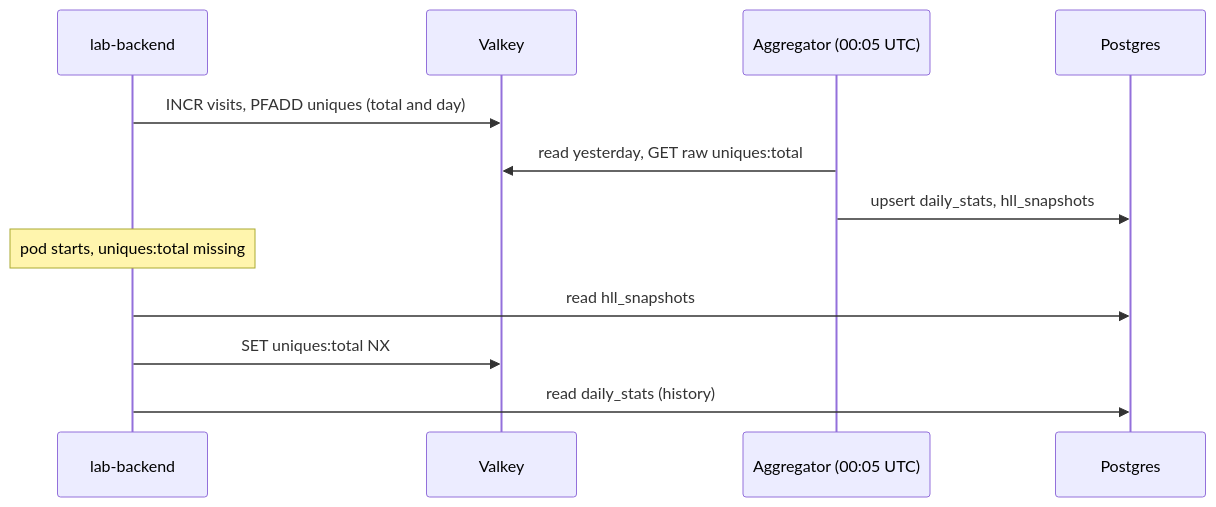
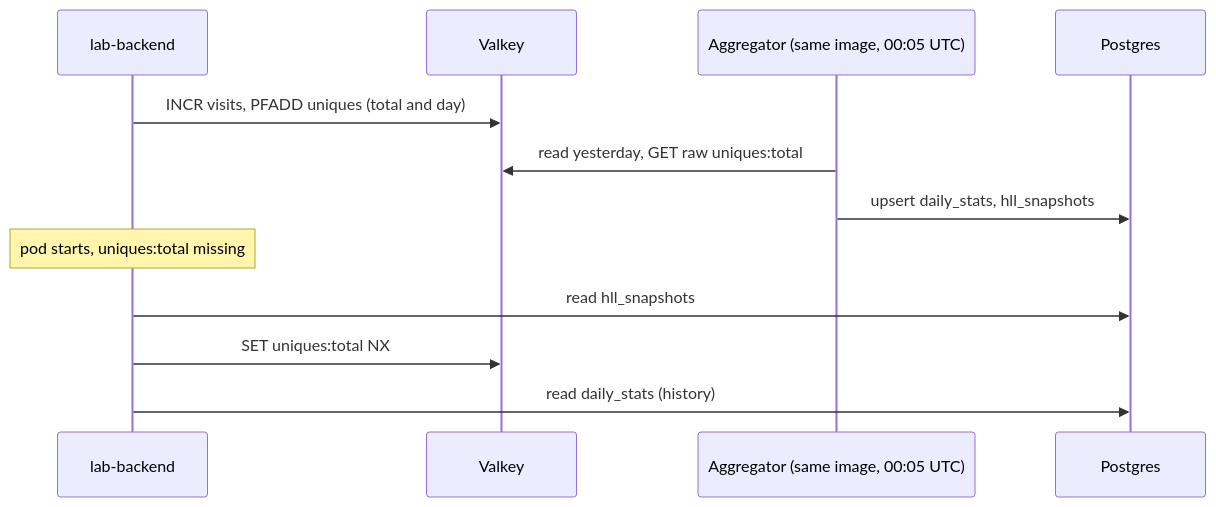
One commit to sarunas-k/lab-aws-docs changed the sixth of 6 diagrams in docs/architecture.md. Above: the diagram before and after it, drawn with Mermaid. The commit also changed other lines of this file and 14 other files, not shown here.

````diff
--- a/docs/architecture.md
+++ b/docs/architecture.md
@@ -105,14 +105,14 @@
 ```mermaid
 sequenceDiagram
   participant BE as lab-backend
   participant V as Valkey
-  participant AG as Aggregator (00:05 UTC)
+  participant AG as Aggregator (same image, 00:05 UTC)
   participant PG as Postgres
   BE->>V: INCR visits, PFADD uniques (total and day)
   AG->>V: read yesterday, GET raw uniques:total
   AG->>PG: upsert daily_stats, hll_snapshots
   Note over BE: pod starts, uniques:total missing
   BE->>PG: read hll_snapshots
   BE->>V: SET uniques:total NX
   BE->>PG: read daily_stats (history)
 ```
````
